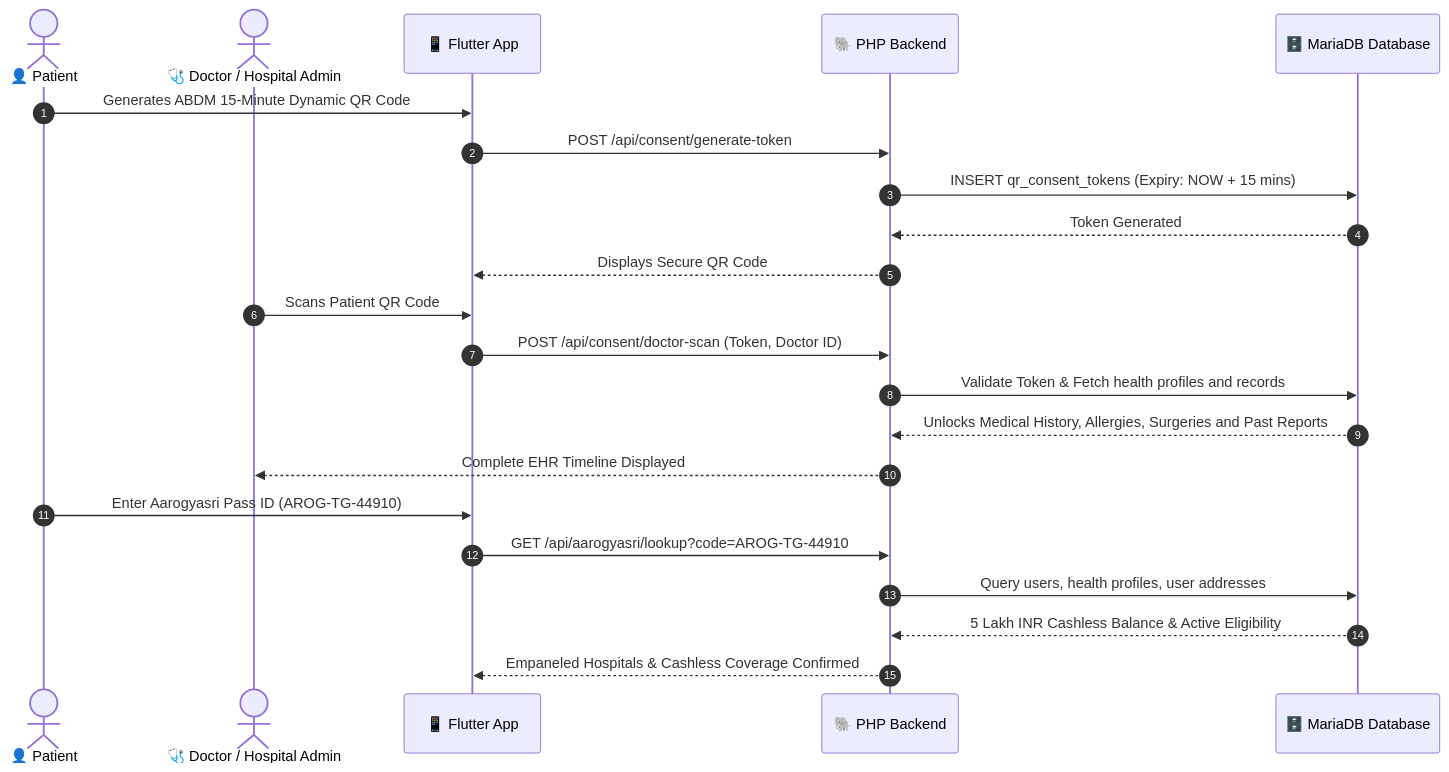
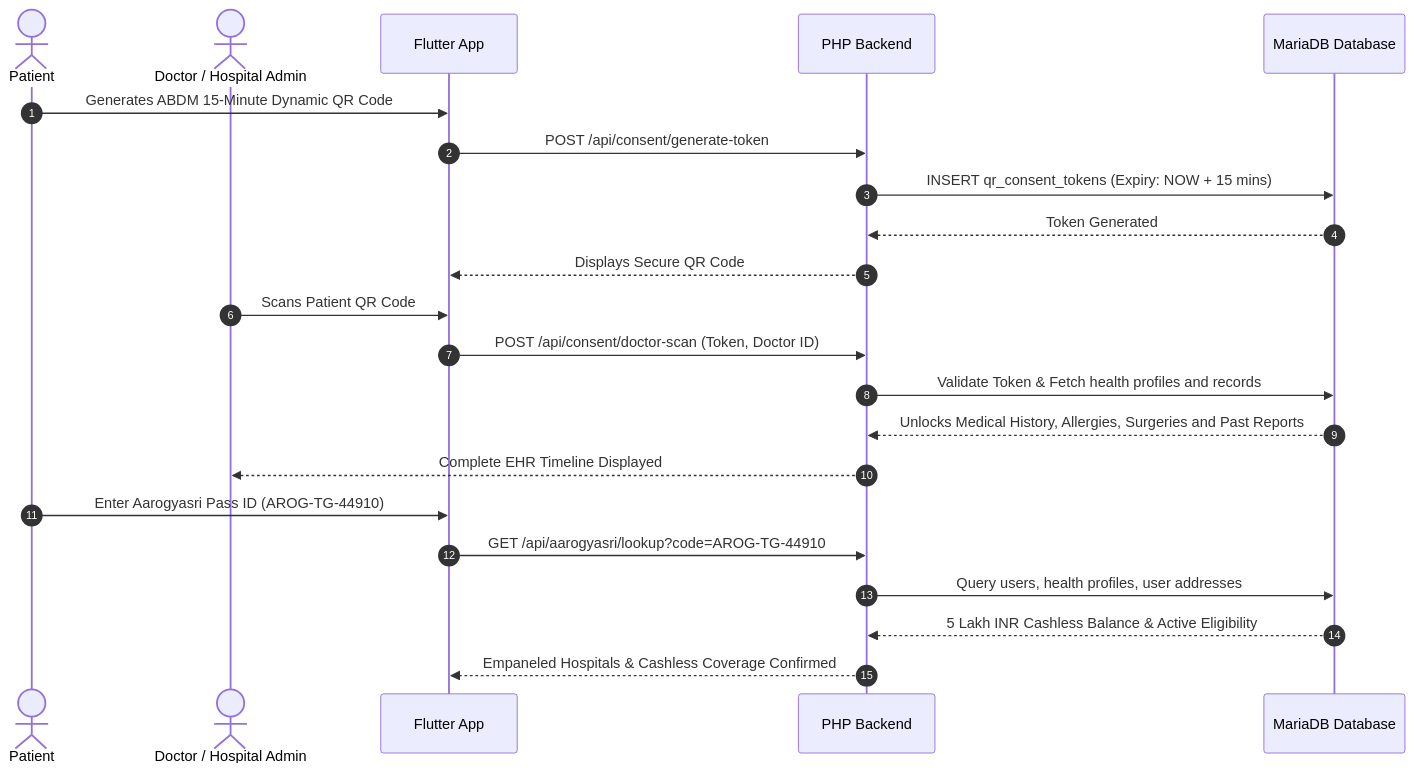
One commit to pavanstarkin-tech/healthyxpress_medha changed the seventh of 11 diagrams in README.md. Above: the diagram before and after it, drawn with Mermaid. The commit also changed other lines of this file, not shown here.

````diff
--- a/README.md
+++ b/README.md
@@ -369,27 +369,27 @@
 ```mermaid
 sequenceDiagram
     autonumber
-    actor Patient as 👤 Patient
-    actor Doctor as 🩺 Doctor / Hospital Admin
-    participant App as 📱 Flutter App
-    participant API as 🐘 PHP Backend
-    participant DB as 🗄️ MariaDB Database
+    actor Patient as Patient
+    actor Doctor as Doctor / Hospital Admin
+    participant App as Flutter App
+    participant API as PHP Backend
+    participant DB as MariaDB Database
 
     Patient->>App: Generates ABDM 15-Minute Dynamic QR Code
     App->>API: POST /api/consent/generate-token
     API->>DB: INSERT qr_consent_tokens (Expiry: NOW + 15 mins)
     DB-->>API: Token Generated
     API-->>App: Displays Secure QR Code
 
     Doctor->>App: Scans Patient QR Code
     App->>API: POST /api/consent/doctor-scan (Token, Doctor ID)
     API->>DB: Validate Token & Fetch health profiles and records
     DB-->>API: Unlocks Medical History, Allergies, Surgeries and Past Reports
     API-->>Doctor: Complete EHR Timeline Displayed
 
     Patient->>App: Enter Aarogyasri Pass ID (AROG-TG-44910)
     App->>API: GET /api/aarogyasri/lookup?code=AROG-TG-44910
     API->>DB: Query users, health profiles, user addresses
     DB-->>API: 5 Lakh INR Cashless Balance & Active Eligibility
     API-->>App: Empaneled Hospitals & Cashless Coverage Confirmed
 ```
````
